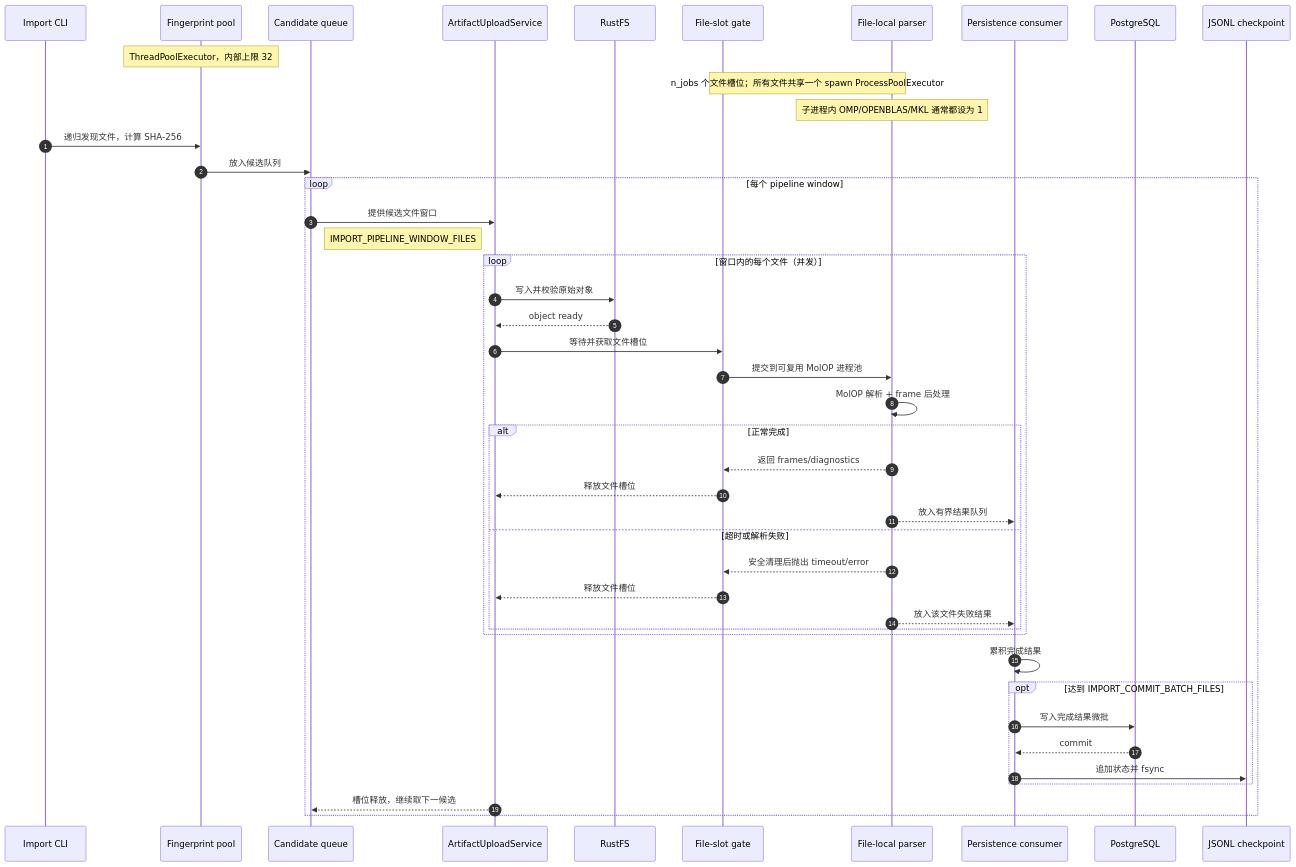
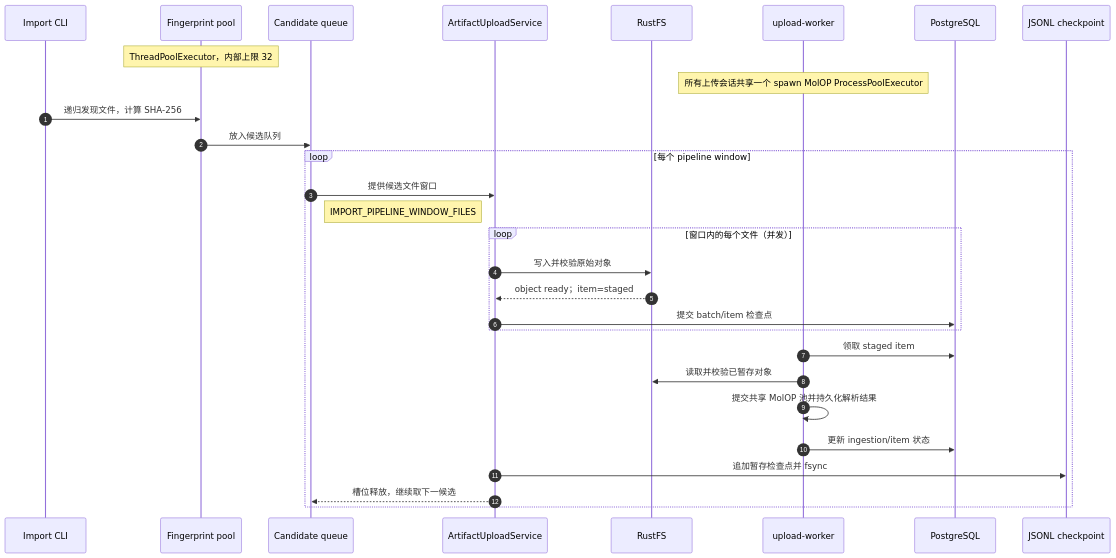
The diagram in docs/development.md (gentle1999/TriCycle-ReactionDatabase), drawn with Mermaid before and after one commit. The commit also changed other lines of this file and 26 other files, not shown here.

````diff
--- a/docs/development.md
+++ b/docs/development.md
@@ -550,48 +579,33 @@
 ```mermaid
 sequenceDiagram
     autonumber
     participant I as Import CLI
     participant F as Fingerprint pool
     participant Q as Candidate queue
     participant U as ArtifactUploadService
     participant R as RustFS
-    participant G as File-slot gate
-    participant P as File-local parser
-    participant W as Persistence consumer
+    participant W as upload-worker
     participant D as PostgreSQL
     participant C as JSONL checkpoint
 
     Note over F: ThreadPoolExecutor，内部上限 32
-    Note over G,P: n_jobs 个文件槽位；所有文件共享一个 spawn ProcessPoolExecutor
-    Note over P: 子进程内 OMP/OPENBLAS/MKL 通常都设为 1
+    Note over W: 所有上传会话共享一个 spawn MolOP ProcessPoolExecutor
 
     I->>F: 递归发现文件，计算 SHA-256
     F->>Q: 放入候选队列
     loop 每个 pipeline window
         Q->>U: 提供候选文件窗口
         Note right of Q: IMPORT_PIPELINE_WINDOW_FILES
         loop 窗口内的每个文件（并发）
             U->>R: 写入并校验原始对象
-            R-->>U: object ready
-            U->>G: 等待并获取文件槽位
-            G->>P: 提交到可复用 MolOP 进程池
-            P->>P: MolOP 解析 + frame 后处理
-            alt 正常完成
-                P-->>G: 返回 frames/diagnostics
-                G-->>U: 释放文件槽位
-                P-->>W: 放入有界结果队列
-            else 超时或解析失败
-                P-->>G: 安全清理后抛出 timeout/error
-                G-->>U: 释放文件槽位
-                P-->>W: 放入该文件失败结果
-            end
+            R-->>U: object ready；item=staged
+            U->>D: 提交 batch/item 检查点
         end
-        W->>W: 累积完成结果
-        opt 达到 IMPORT_COMMIT_BATCH_FILES
-            W->>D: 写入完成结果微批
-            D-->>W: commit
-            W->>C: 追加状态并 fsync
-        end
+        W->>D: 领取 staged item
+        W->>R: 读取并校验已暂存对象
+        W->>W: 提交共享 MolOP 池并持久化解析结果
+        W->>D: 更新 ingestion/item 状态
+        U->>C: 追加暂存检查点并 fsync
         U-->>Q: 槽位释放，继续取下一候选
     end
 ```
````
